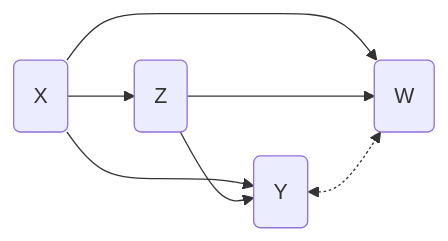
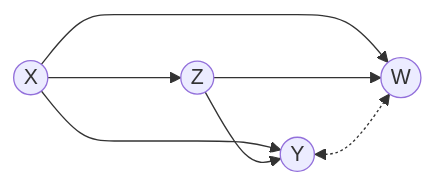
One commit to santikka/cfid changed the third of 4 diagrams in README.Rmd. Above: the diagram before and after it, drawn with Mermaid. The commit also changed other lines of this file and 1 other file, not shown here.

````diff
--- a/README.Rmd
+++ b/README.Rmd
@@ -74,9 +74,9 @@
 ```mermaid
 flowchart LR;
-  X(X)-->Z(Z);
-  X-->Y(Y);
-  X-->W(W);
+  X((X))--->Z((Z));
+  X-->Y((Y));
   Z-->Y;
+  X-->W((W));
   Z-->W;
   Y<-.->W;
 ```
````
